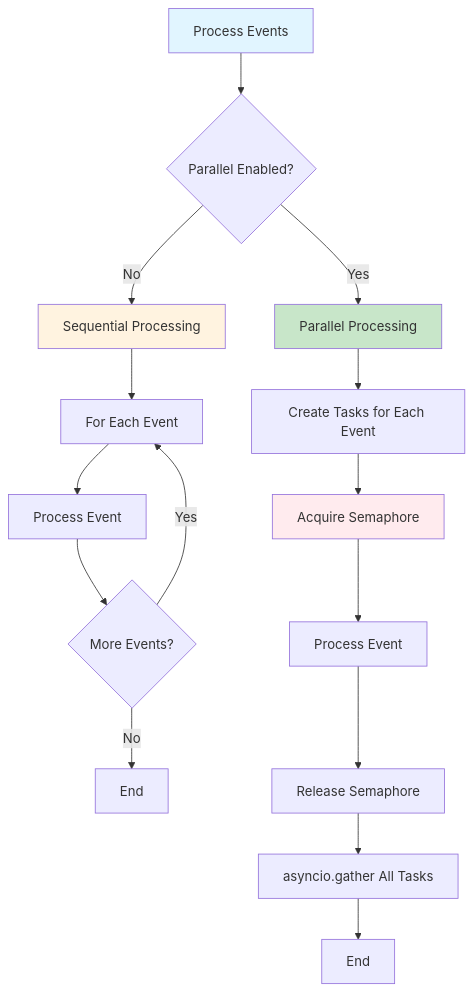
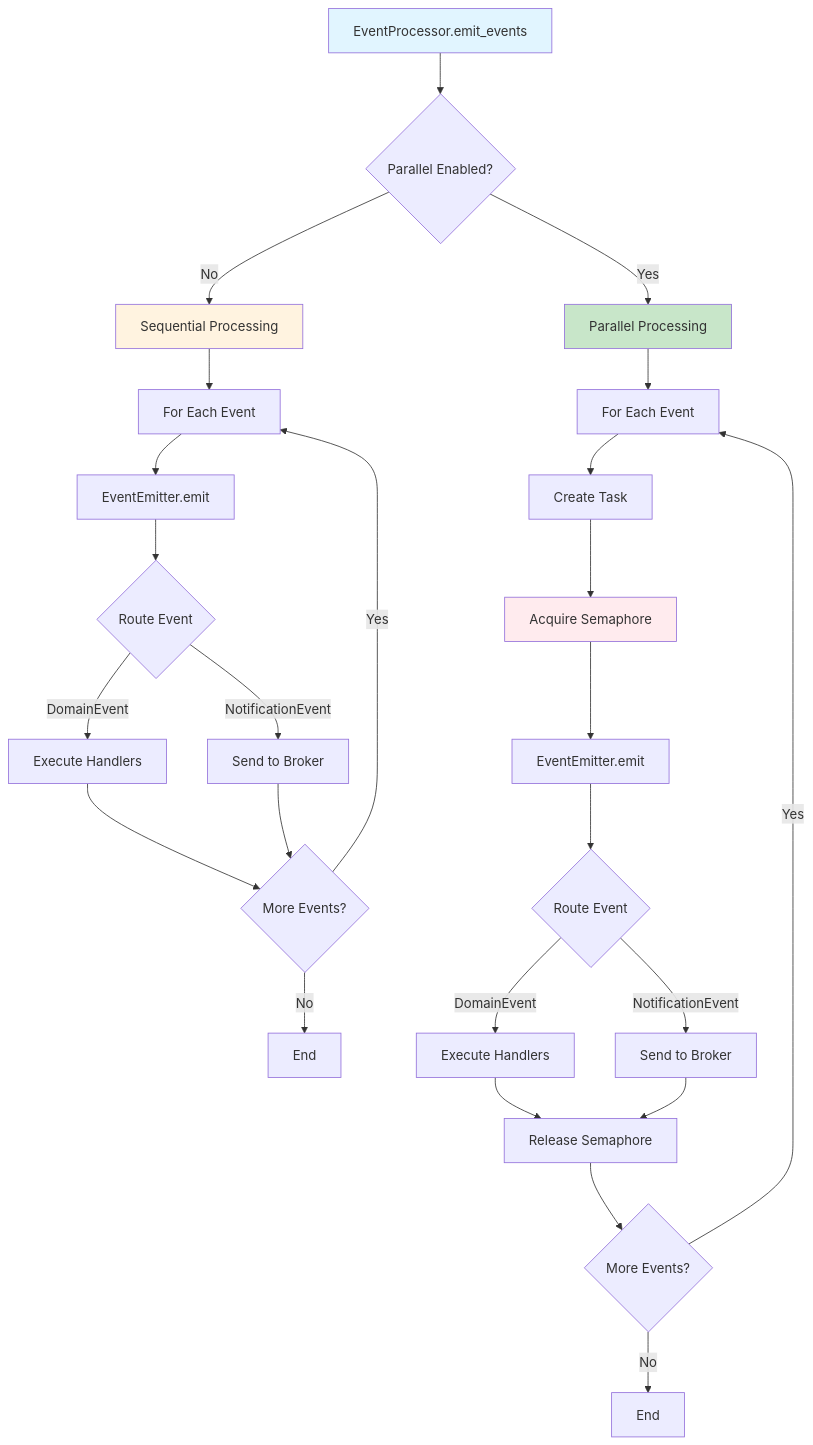
The diagram in docs/event_handler/parallel_processing.md (vadikko2/python-cqrs-mkdocs), drawn with Mermaid before and after one commit. The commit also changed other lines of this file and 2 other files, not shown here.

Commit message:
Fix event processing documentation

````diff
--- a/docs/event_handler/parallel_processing.md
+++ b/docs/event_handler/parallel_processing.md
@@ -25,24 +25,34 @@
 ```mermaid
 graph TD
-    Start[Process Events] --> CheckEnable{Parallel Enabled?}
+    Start[EventProcessor.emit_events] --> CheckEnable{Parallel Enabled?}
     
     CheckEnable -->|No| Sequential[Sequential Processing]
     Sequential --> LoopSeq[For Each Event]
-    LoopSeq --> ProcessSeq[Process Event]
-    ProcessSeq --> NextSeq{More Events?}
+    LoopSeq --> EmitSeq[EventEmitter.emit]
+    EmitSeq --> RouteSeq{Route Event}
+    RouteSeq -->|DomainEvent| HandlerSeq[Execute Handlers]
+    RouteSeq -->|NotificationEvent| BrokerSeq[Send to Broker]
+    HandlerSeq --> NextSeq{More Events?}
+    BrokerSeq --> NextSeq
     NextSeq -->|Yes| LoopSeq
     NextSeq -->|No| End1[End]
     
     CheckEnable -->|Yes| Parallel[Parallel Processing]
-    Parallel --> CreateTasks[Create Tasks for Each Event]
-    CreateTasks --> Semaphore[Acquire Semaphore]
-    Semaphore --> ProcessPar[Process Event]
-    ProcessPar --> ReleaseSem[Release Semaphore]
-    ReleaseSem --> Gather[asyncio.gather All Tasks]
-    Gather --> End2[End]
+    Parallel --> LoopPar[For Each Event]
+    LoopPar --> CreateTask[Create Task]
+    CreateTask --> Semaphore[Acquire Semaphore]
+    Semaphore --> EmitPar[EventEmitter.emit]
+    EmitPar --> RoutePar{Route Event}
+    RoutePar -->|DomainEvent| HandlerPar[Execute Handlers]
+    RoutePar -->|NotificationEvent| BrokerPar[Send to Broker]
+    HandlerPar --> ReleaseSem[Release Semaphore]
+    BrokerPar --> ReleaseSem
+    ReleaseSem --> NextPar{More Events?}
+    NextPar -->|Yes| LoopPar
+    NextPar -->|No| End2[End]
     
     style Start fill:#e1f5ff
     style Sequential fill:#fff3e0
     style Parallel fill:#c8e6c9
     style Semaphore fill:#ffebee
 ```
````
